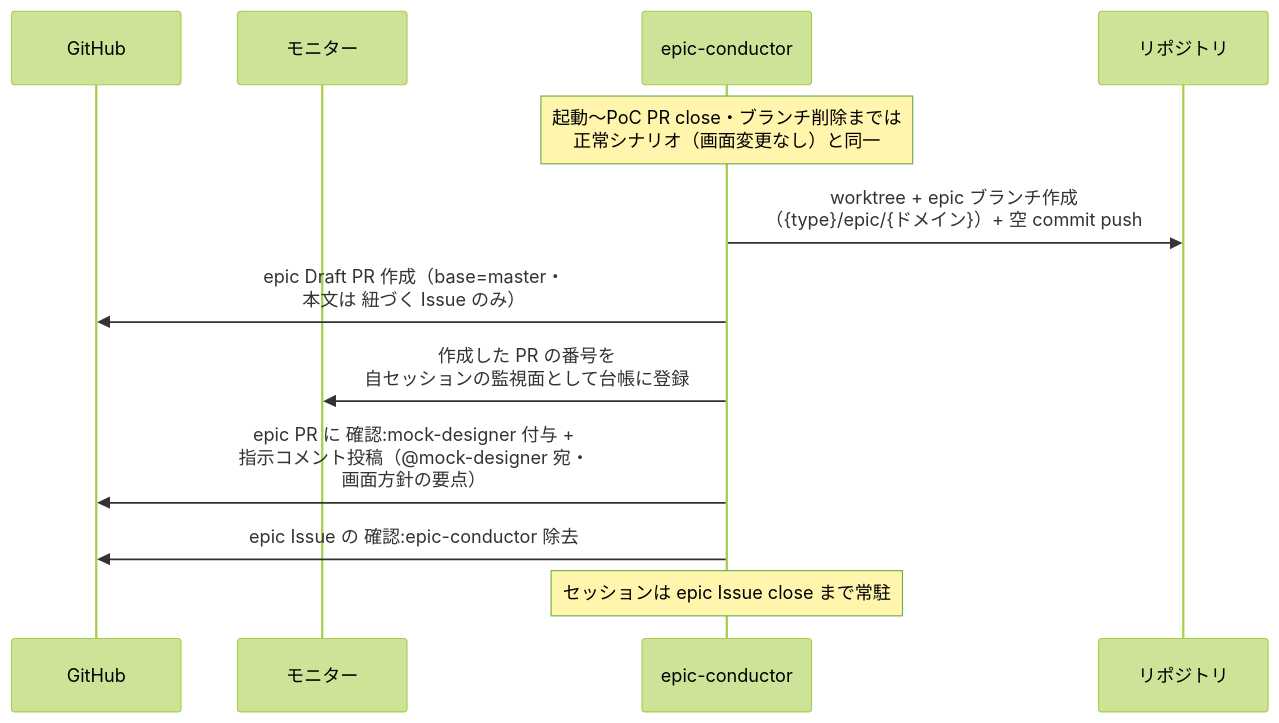
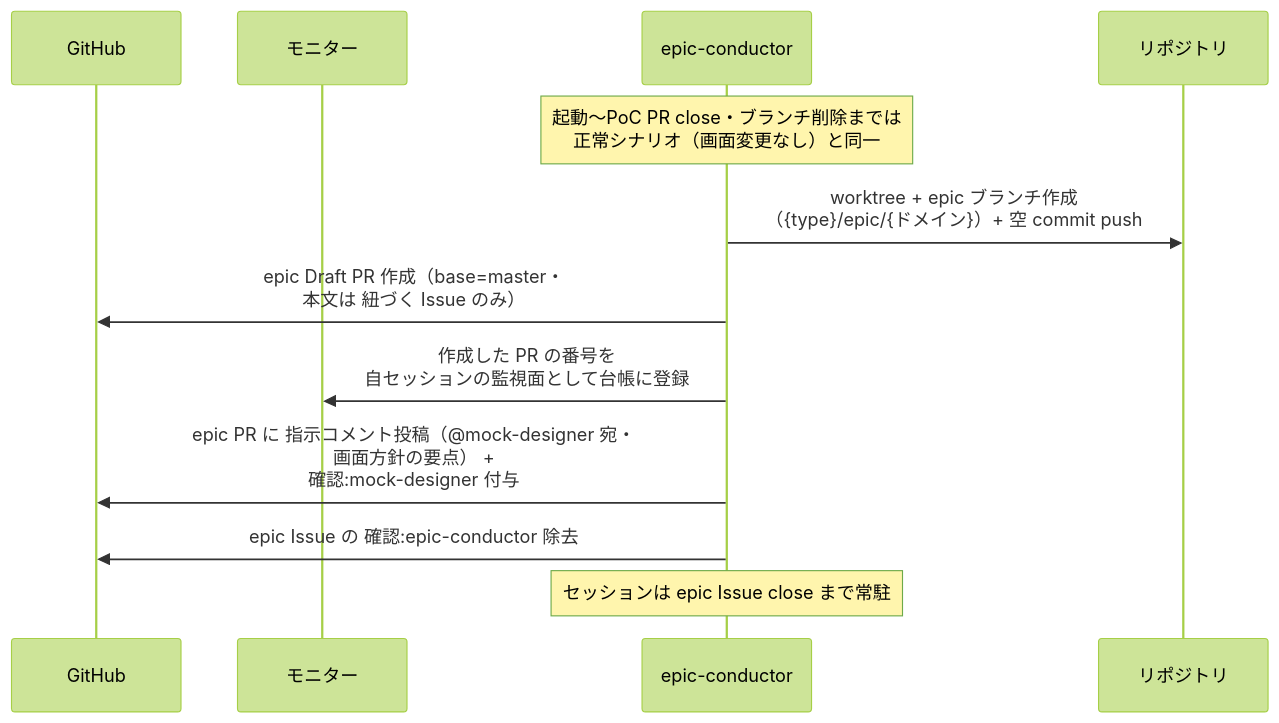
Before and after one commit to shuhei1101/ai-monitor: the second of 4 diagrams in docs/wiki/設計図/シナリオ/単一ユースケース/PoC結果確認.md, drawn with Mermaid (forest theme). The commit also changed 29 other files, not shown here.

````diff
--- a/docs/wiki/設計図/シナリオ/単一ユースケース/PoC結果確認.md
+++ b/docs/wiki/設計図/シナリオ/単一ユースケース/PoC結果確認.md
@@ -78,15 +78,15 @@
 ```mermaid
 sequenceDiagram
   participant GH as GitHub
   participant ORC as モニター
   participant MON as epic-conductor
   participant REPO as リポジトリ
 
   Note over MON: 起動〜PoC PR close・ブランチ削除までは<br>正常シナリオ（画面変更なし）と同一
   MON->>REPO: worktree + epic ブランチ作成<br>（{type}/epic/{ドメイン}）+ 空 commit push
   MON->>GH: epic Draft PR 作成（base=master・<br>本文は 紐づく Issue のみ）
   MON->>ORC: 作成した PR の番号を<br>自セッションの監視面として台帳に登録
-  MON->>GH: epic PR に 確認:mock-designer 付与 +<br>指示コメント投稿（@mock-designer 宛・<br>画面方針の要点）
+  MON->>GH: epic PR に 指示コメント投稿（@mock-designer 宛・<br>画面方針の要点） +<br>確認:mock-designer 付与
   MON->>GH: epic Issue の 確認:epic-conductor 除去
   Note over MON: セッションは epic Issue close まで常駐
 ```
````
